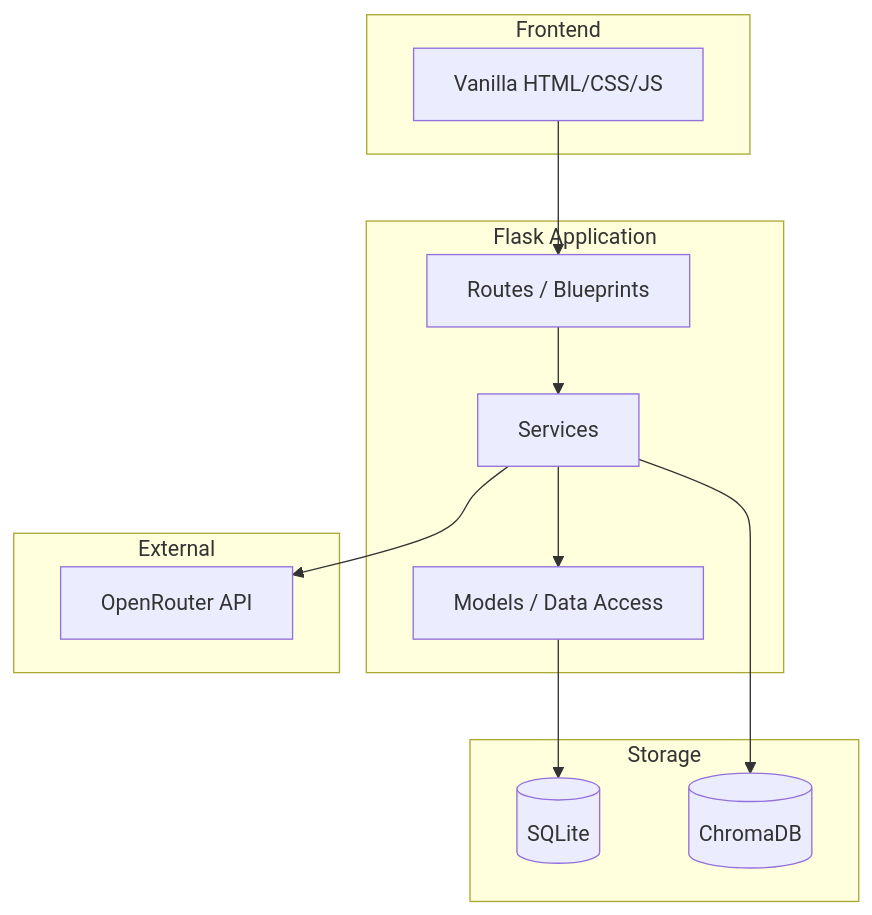
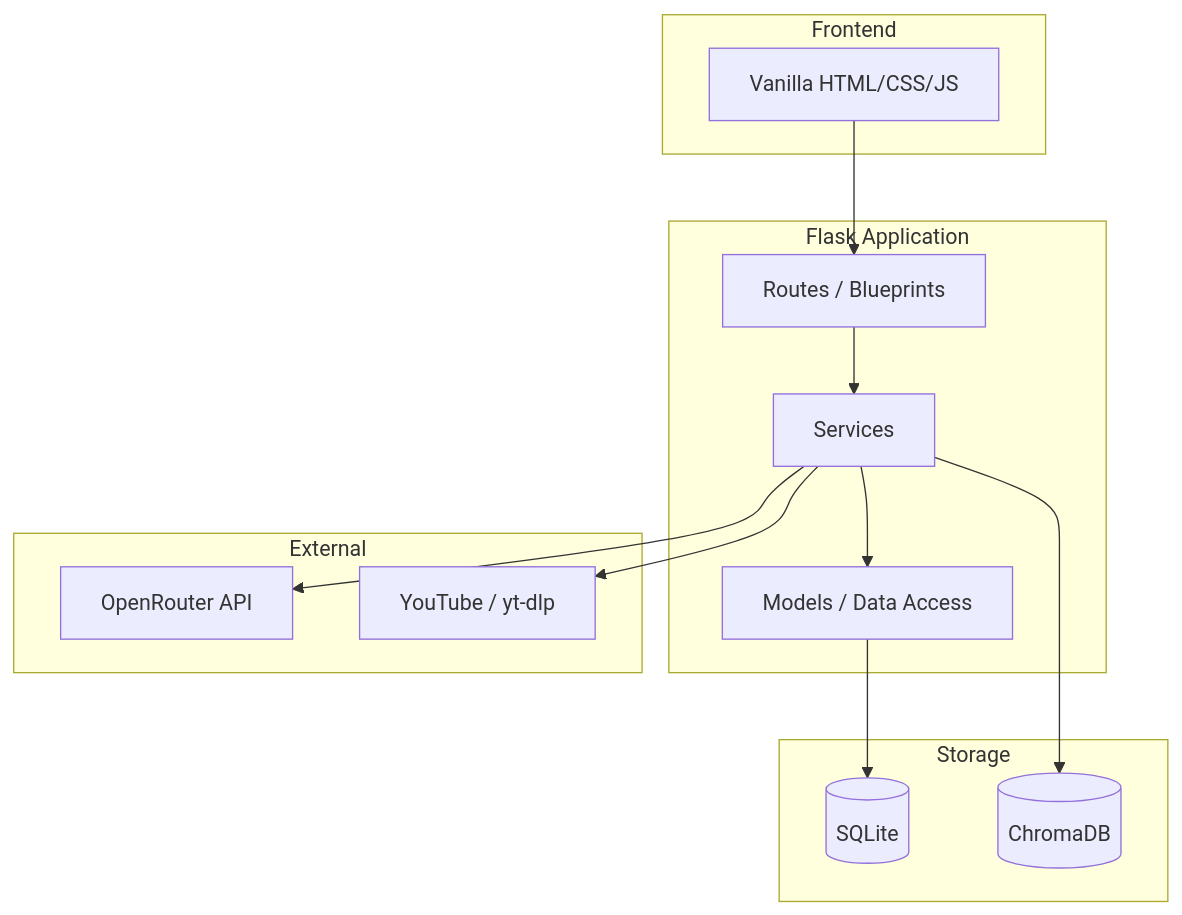
The first of 4 diagrams in docs/ARCHITECTURE.md (AlanNobita/The-second-brain), drawn with Mermaid before and after one commit. The commit also changed other lines of this file and 7 other files, not shown here.

````diff
--- a/docs/ARCHITECTURE.md
+++ b/docs/ARCHITECTURE.md
@@ -5,28 +5,30 @@
 ```mermaid
 graph TB
     subgraph Frontend
         UI[Vanilla HTML/CSS/JS]
     end
 
     subgraph "Flask Application"
         RP[Routes / Blueprints]
         SV[Services]
         MD[Models / Data Access]
     end
 
     subgraph Storage
         SQL[(SQLite)]
         CHR[(ChromaDB)]
     end
 
     subgraph External
         OR[OpenRouter API]
+        YT[YouTube / yt-dlp]
     end
 
     UI --> RP
     RP --> SV
     SV --> MD
     MD --> SQL
     SV --> CHR
     SV --> OR
+    SV --> YT
 ```
````
